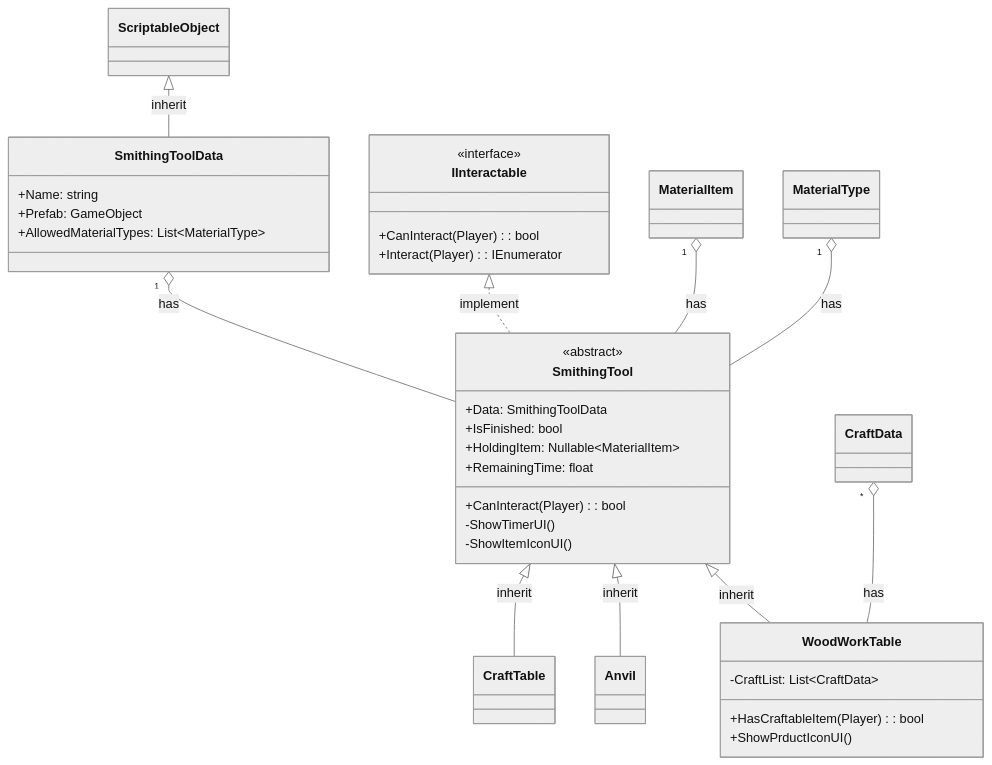
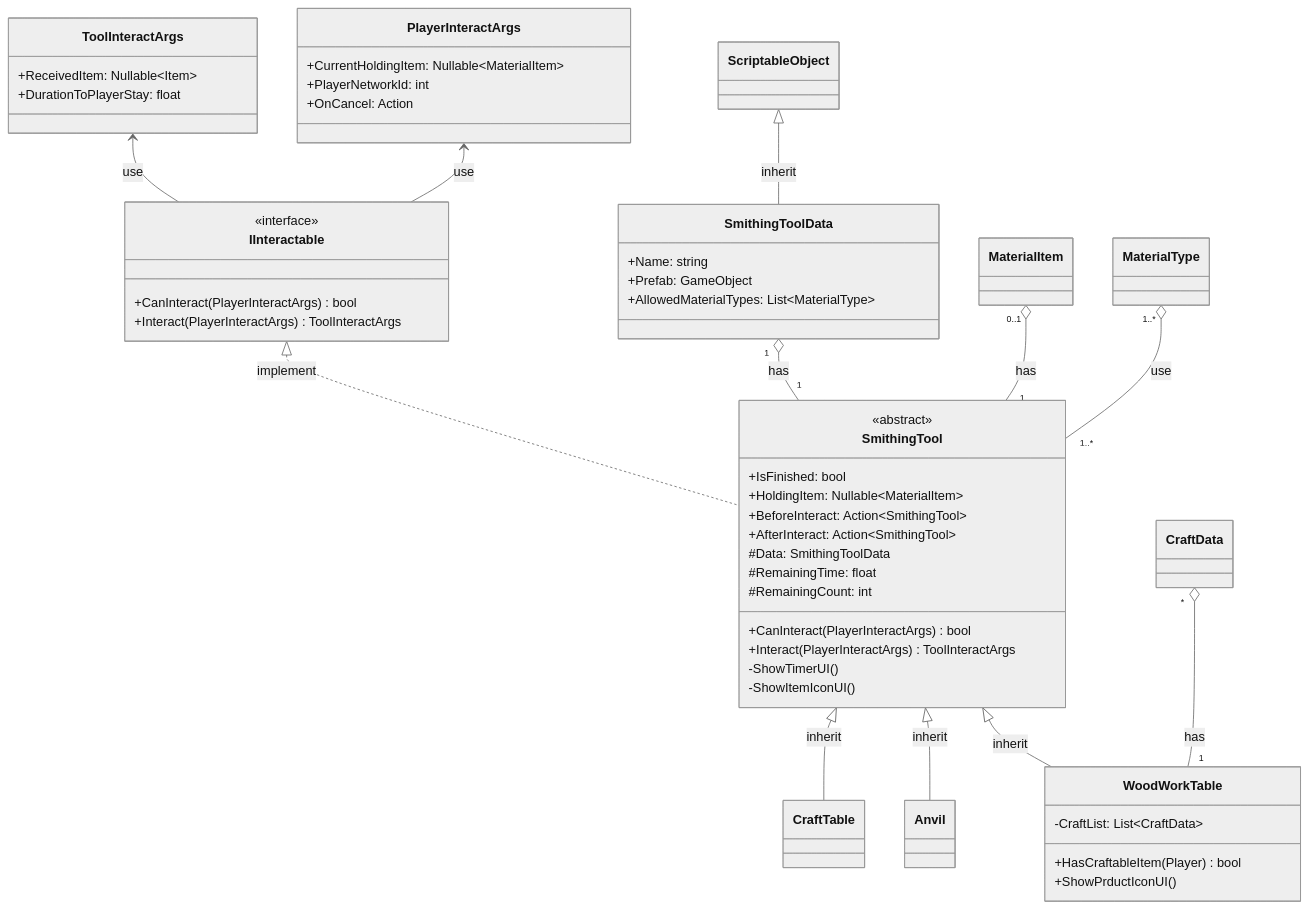
One commit to Seonggyu-Min/Overforged changed the second of 2 diagrams in Assets/SHG/README.md. Above: the diagram before and after it, drawn with Mermaid (neutral theme). The commit also changed other lines of this file and 6 other files, not shown here.

````diff
--- a/Assets/SHG/README.md
+++ b/Assets/SHG/README.md
@@ -63,50 +64,67 @@
 ```mermaid
 classDiagram
+
+    class PlayerInteractArgs {
+        +CurrentHoldingItem: Nullable~MaterialItem~
+        +PlayerNetworkId: int
+        +OnCancel: Action
+    }
+
+    class ToolInteractArgs {
+        +ReceivedItem: Nullable~Item~
+        +DurationToPlayerStay: float
+    }
 
     class SmithingToolData {
         +Name: string
         +Prefab: GameObject
         +AllowedMaterialTypes: List~MaterialType~
     }
 
 	class SmithingTool {
     	<<abstract>>
-        +Data: SmithingToolData
         +IsFinished: bool 
         +HoldingItem: Nullable~MaterialItem~  
-        +CanInteract(Player): bool
-        +RemainingTime: float 
+        +BeforeInteract: Action~SmithingTool~
+        +AfterInteract: Action~SmithingTool~
+        #Data: SmithingToolData
+        +CanInteract(PlayerInteractArgs) bool
+        +Interact(PlayerInteractArgs) ToolInteractArgs
+        #RemainingTime: float 
+        #RemainingCount: int
         -ShowTimerUI()
         -ShowItemIconUI()
 	}
 
     class IInteractable {
         <<interface>>
-        +CanInteract(Player): bool
-        +Interact(Player): IEnumerator
+        +CanInteract(PlayerInteractArgs) bool
+        +Interact(PlayerInteractArgs) ToolInteractArgs
     }
 
     class WoodWorkTable {
-        +HasCraftableItem(Player): bool
+        +HasCraftableItem(Player) bool
         +ShowPrductIconUI()
         -CraftList: List~CraftData~
     }
 
     class Anvil {
 
     }
 
     class CraftTable {
         
     }
     
     ScriptableObject <|-- SmithingToolData: inherit
-    SmithingToolData "1" o-- SmithingTool: has
+    SmithingToolData "1" o-- "1" SmithingTool: has
     IInteractable <|.. SmithingTool: implement
-    MaterialItem "1" o-- SmithingTool: has
-    MaterialType "1" o-- SmithingTool: has
+    PlayerInteractArgs <-- IInteractable: use
+    ToolInteractArgs <-- IInteractable: use
+    MaterialItem "0..1" o-- "1" SmithingTool: has
+    MaterialType "1..*" o-- "1..*" SmithingTool: use
     SmithingTool <|-- WoodWorkTable: inherit
     SmithingTool <|-- Anvil: inherit 
     SmithingTool <|-- CraftTable: inherit
-    CraftData "*" o-- WoodWorkTable: has
+    CraftData "*" o-- "1" WoodWorkTable: has
 ```
````
